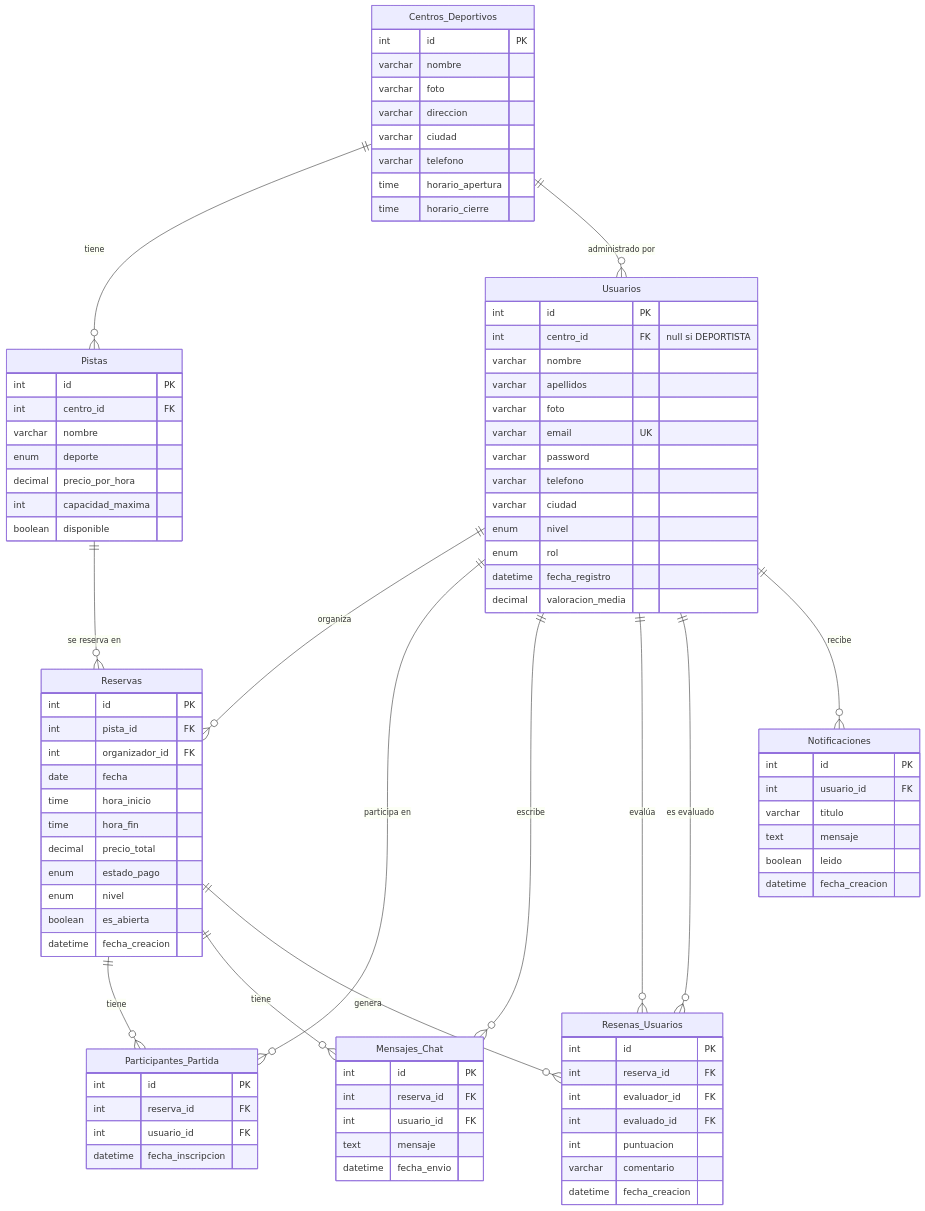
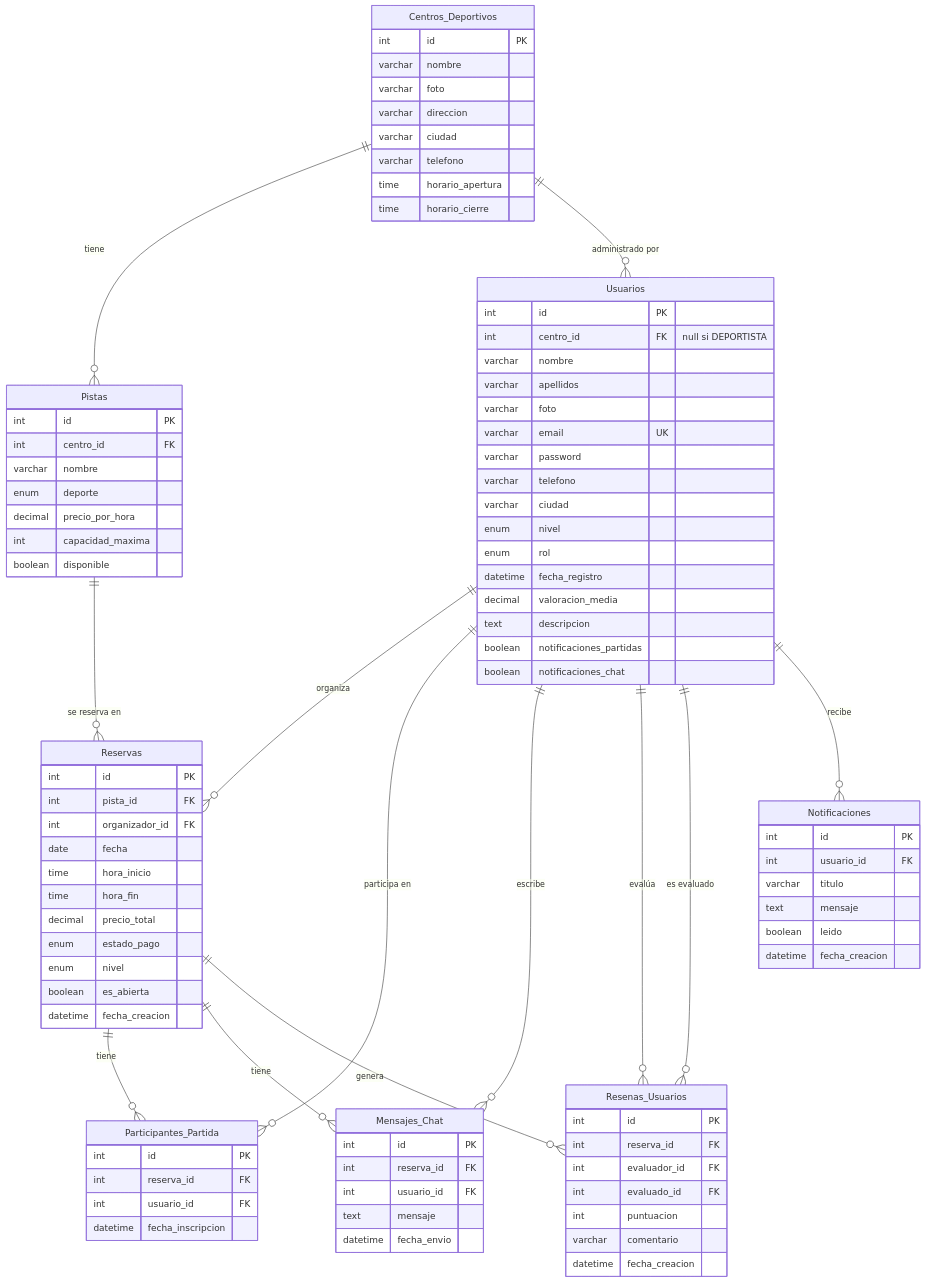
Before and after one commit to ajm68-ua/tfgReservasDeportivas: the diagram in README.md, drawn with Mermaid. The commit also changed 5 other files, not shown here.

Commit message:
Modificada BD para agregar descripcion y notificaciones de usuario, y nueva vista de "Mi perfil"

```diff
--- a/README.md
+++ b/README.md
@@ -31,6 +31,9 @@
         enum rol
         datetime fecha_registro
         decimal valoracion_media
+        text descripcion
+        boolean notificaciones_partidas
+        boolean notificaciones_chat
     }
 
     Centros_Deportivos {
```
